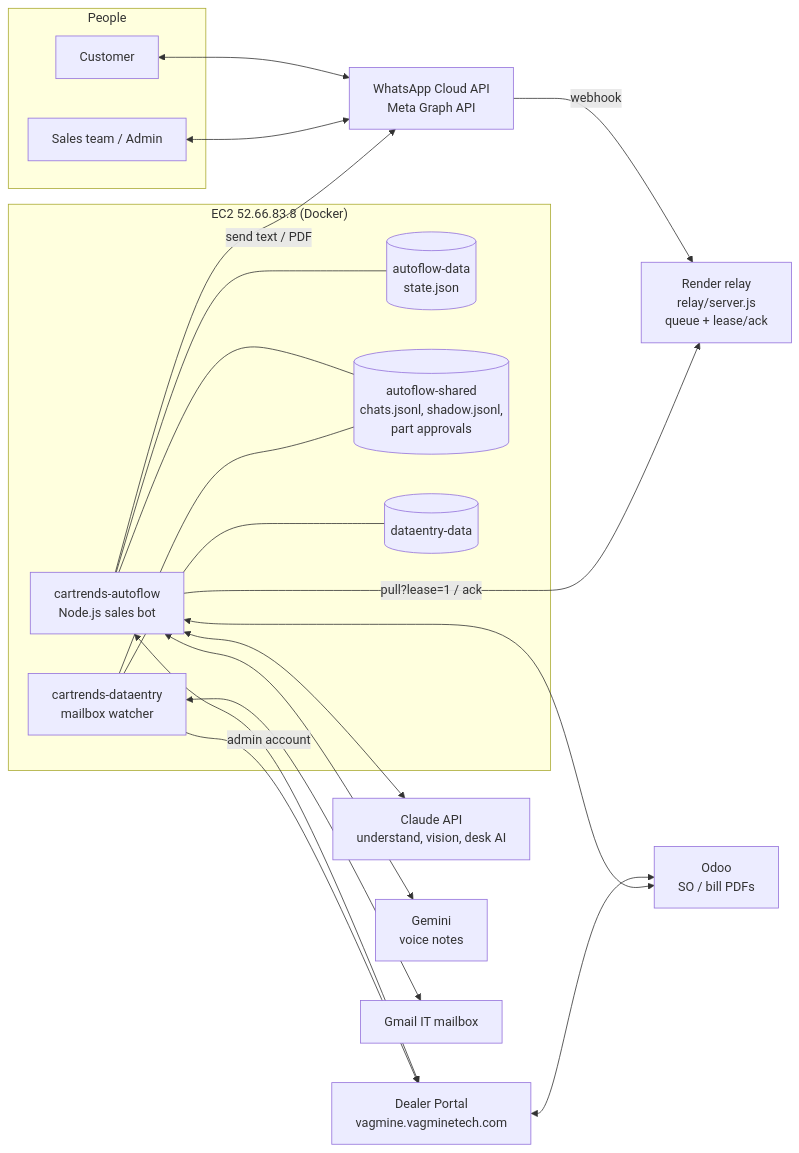
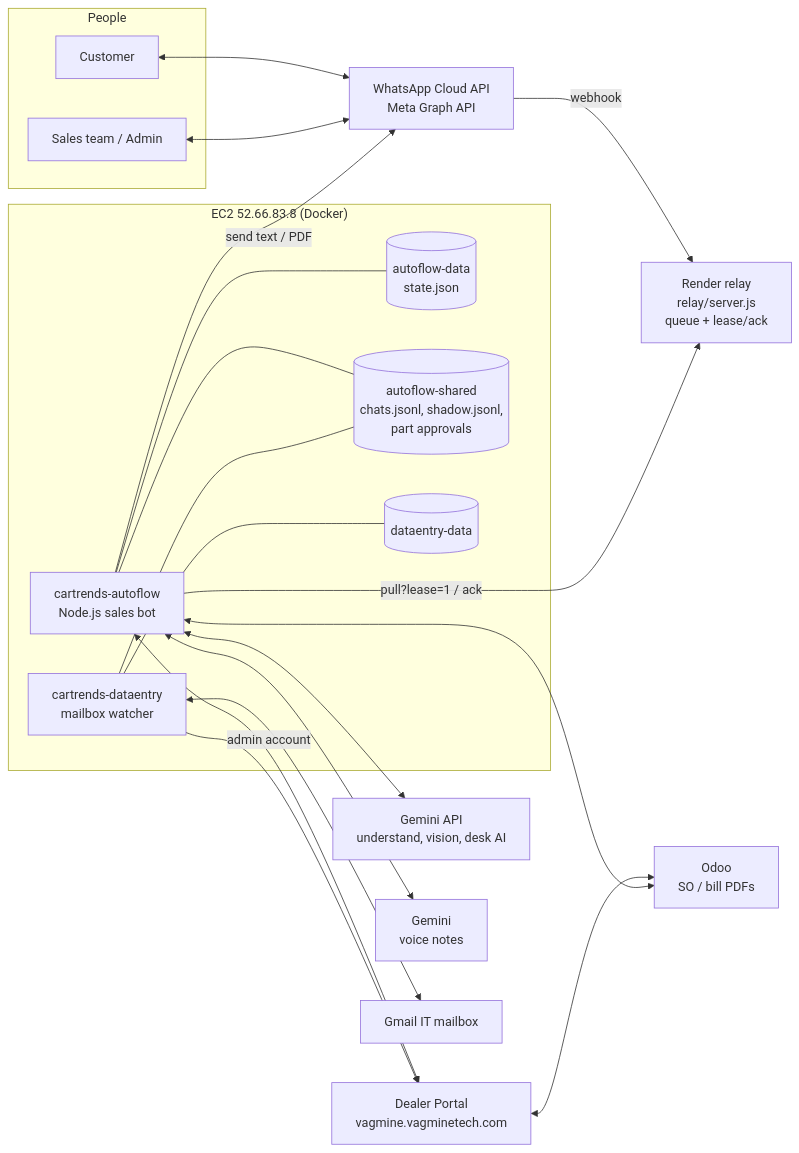
One commit to interns-arch/Autoflow-main changed the first of 6 diagrams in docs/AUTOFLOW_SYSTEM_DESIGN.md. Above: the diagram before and after it, drawn with Mermaid. The commit also changed other lines of this file and 26 other files, not shown here.

````diff
--- a/docs/AUTOFLOW_SYSTEM_DESIGN.md
+++ b/docs/AUTOFLOW_SYSTEM_DESIGN.md
@@ -56,40 +56,40 @@
 ```mermaid
 flowchart LR
   subgraph People
     C[Customer]
     S[Sales team / Admin]
   end
 
   WA[WhatsApp Cloud API<br/>Meta Graph API]
   R[Render relay<br/>relay/server.js<br/>queue + lease/ack]
 
   subgraph EC2["EC2 52.66.83.8 (Docker)"]
     B[cartrends-autoflow<br/>Node.js sales bot]
     D[cartrends-dataentry<br/>mailbox watcher]
     V1[(autoflow-data<br/>state.json)]
     V2[(autoflow-shared<br/>chats.jsonl, shadow.jsonl,<br/>part approvals)]
     V3[(dataentry-data)]
   end
 
   P[Dealer Portal<br/>vagmine.vagminetech.com]
   O[Odoo<br/>SO / bill PDFs]
-  AI1[Claude API<br/>understand, vision, desk AI]
+  AI1[Gemini API<br/>understand, vision, desk AI]
   AI2[Gemini<br/>voice notes]
   G[Gmail IT mailbox]
 
   C & S <--> WA
   WA -- webhook --> R
   B -- "pull?lease=1 / ack" --> R
   B -- "send text / PDF" --> WA
   B <--> P
   P <--> O
   B <--> O
   B <--> AI1
   B <--> AI2
   B --- V1
   B --- V2
   D --- V2
   D --- V3
   D <--> G
   D -- admin account --> P
 ```
````
